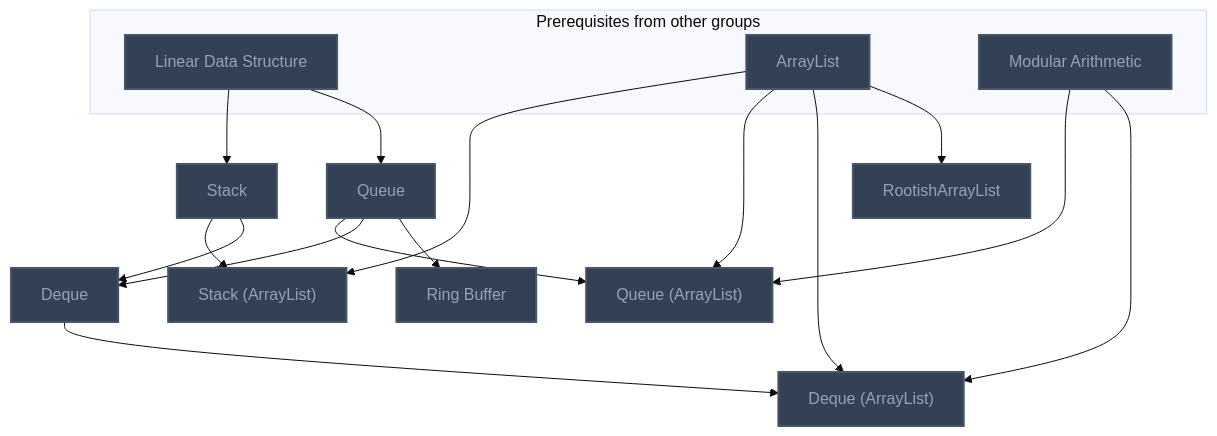
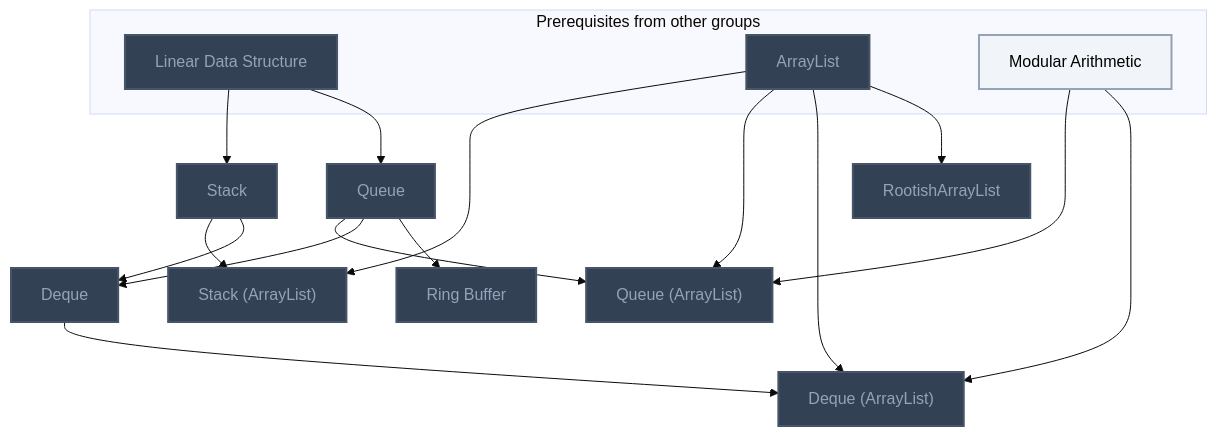
The fourth of 17 diagrams in Gamification/Skill Trees/Data Structures and Algorithms.md (MRauf1/My-Notes), drawn with Mermaid (base theme) before and after one commit. The commit also changed other lines of this file and 62 other files, not shown here.

````diff
--- a/Gamification/Skill Trees/Data Structures and Algorithms.md
+++ b/Gamification/Skill Trees/Data Structures and Algorithms.md
@@ -122,41 +125,42 @@
 ```mermaid
 flowchart TD
     classDef planned fill:#1E293B,stroke:#64748B,stroke-width:2px,stroke-dasharray:5 5,color:#94A3B8;
     classDef locked fill:#334155,stroke:#475569,stroke-width:2px,color:#94A3B8;
     classDef L0 fill:#F1F5F9,stroke:#94A3B8,stroke-width:2px,color:#000000;
     classDef L1 fill:#22C55E,stroke:#15803D,stroke-width:2px,color:#000000;
     classDef L2 fill:#3B82F6,stroke:#1D4ED8,stroke-width:3px,color:#FFFFFF;
     classDef L3 fill:#A855F7,stroke:#6B21A8,stroke-width:3px,color:#FFFFFF,font-weight:bold;
     classDef L4 fill:#F97316,stroke:#C2410C,stroke-width:4px,color:#000000,font-weight:bold;
     classDef L5 fill:#FFD700,stroke:#FF8C00,stroke-width:5px,color:#000000,font-weight:bold;
     classDef rusty stroke:#8B4513,stroke-width:4px,stroke-dasharray:3 3;
     subgraph sg_prereqs["Prerequisites from other groups"]
         n_linear_data_structure["Linear Data Structure"]
         n_arraylist["ArrayList"]
         n_modular_arithmetic["Modular Arithmetic"]
     end
     n_stack["Stack"]
     n_stack_arraylist["Stack (ArrayList)"]
     n_queue["Queue"]
     n_queue_arraylist["Queue (ArrayList)"]
     n_deque["Deque"]
     n_deque_arraylist["Deque (ArrayList)"]
     n_rootisharraylist["RootishArrayList"]
     n_ring_buffer["Ring Buffer"]
     n_linear_data_structure --> n_stack
     n_arraylist --> n_stack_arraylist
     n_stack --> n_stack_arraylist
     n_linear_data_structure --> n_queue
     n_queue --> n_queue_arraylist
     n_arraylist --> n_queue_arraylist
     n_modular_arithmetic --> n_queue_arraylist
     n_stack --> n_deque
     n_queue --> n_deque
     n_deque --> n_deque_arraylist
     n_arraylist --> n_deque_arraylist
     n_modular_arithmetic --> n_deque_arraylist
     n_arraylist --> n_rootisharraylist
     n_queue --> n_ring_buffer
-    class n_linear_data_structure,n_arraylist,n_modular_arithmetic,n_stack,n_stack_arraylist,n_queue,n_queue_arraylist,n_deque,n_deque_arraylist,n_rootisharraylist,n_ring_buffer locked;
+    class n_linear_data_structure,n_arraylist,n_stack,n_stack_arraylist,n_queue,n_queue_arraylist,n_deque,n_deque_arraylist,n_rootisharraylist,n_ring_buffer locked;
+    class n_modular_arithmetic L0;
     class n_linear_data_structure,n_arraylist,n_modular_arithmetic,n_stack,n_stack_arraylist,n_queue,n_queue_arraylist,n_deque,n_deque_arraylist,n_rootisharraylist,n_ring_buffer internal-link;
 ```
````
